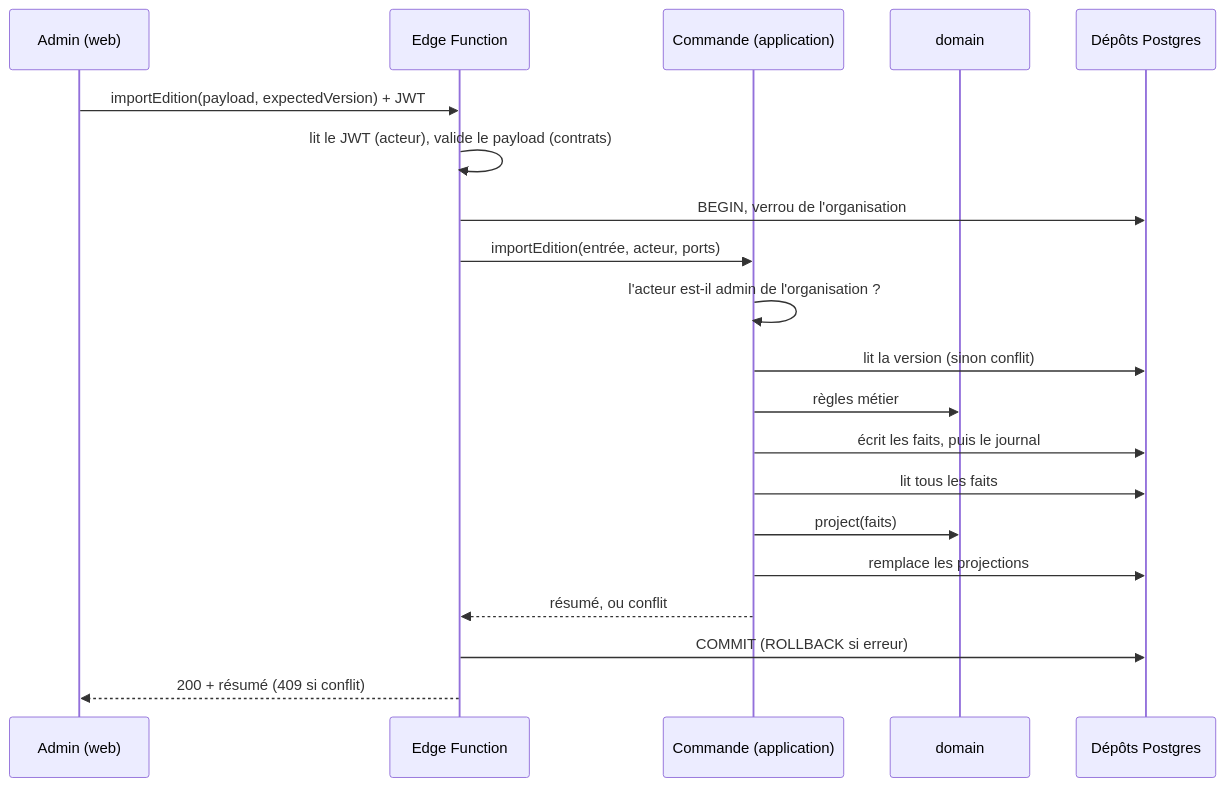
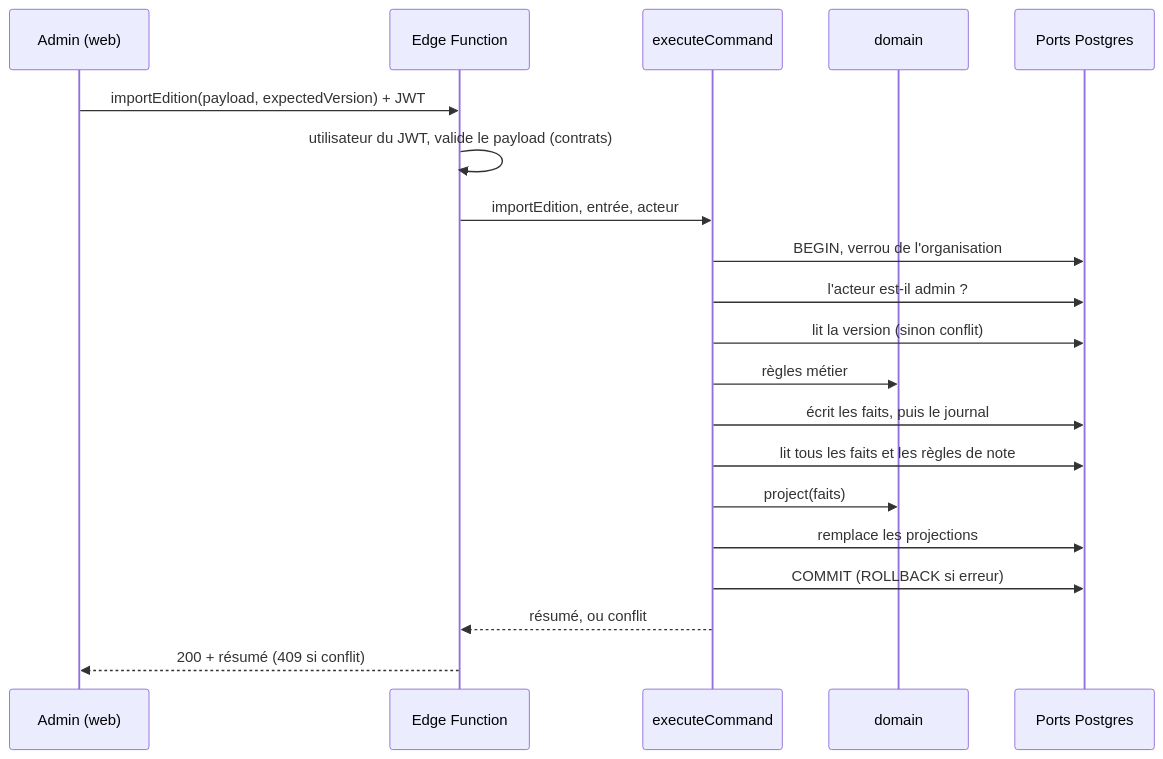
One commit to Charkx/Arrakard changed the second of 2 diagrams in docs/architecture/overview.md. Above: the diagram before and after it, drawn with Mermaid. The commit also changed other lines of this file and 6 other files, not shown here.

````diff
--- a/docs/architecture/overview.md
+++ b/docs/architecture/overview.md
@@ -64,22 +64,22 @@
 ```mermaid
 sequenceDiagram
   participant UI as Admin (web)
   participant FN as Edge Function
-  participant CMD as Commande (application)
+  participant APP as executeCommand
   participant DOM as domain
-  participant PG as Dépôts Postgres
+  participant PG as Ports Postgres
   UI->>FN: importEdition(payload, expectedVersion) + JWT
-  FN->>FN: lit le JWT (acteur), valide le payload (contrats)
-  FN->>PG: BEGIN, verrou de l'organisation
-  FN->>CMD: importEdition(entrée, acteur, ports)
-  CMD->>CMD: l'acteur est-il admin de l'organisation ?
-  CMD->>PG: lit la version (sinon conflit)
-  CMD->>DOM: règles métier
-  CMD->>PG: écrit les faits, puis le journal
-  CMD->>PG: lit tous les faits
-  CMD->>DOM: project(faits)
-  CMD->>PG: remplace les projections
-  CMD-->>FN: résumé, ou conflit
-  FN->>PG: COMMIT (ROLLBACK si erreur)
+  FN->>FN: utilisateur du JWT, valide le payload (contrats)
+  FN->>APP: importEdition, entrée, acteur
+  APP->>PG: BEGIN, verrou de l'organisation
+  APP->>PG: l'acteur est-il admin ?
+  APP->>PG: lit la version (sinon conflit)
+  APP->>DOM: règles métier
+  APP->>PG: écrit les faits, puis le journal
+  APP->>PG: lit tous les faits et les règles de note
+  APP->>DOM: project(faits)
+  APP->>PG: remplace les projections
+  APP->>PG: COMMIT (ROLLBACK si erreur)
+  APP-->>FN: résumé, ou conflit
   FN-->>UI: 200 + résumé (409 si conflit)
 ```
````
